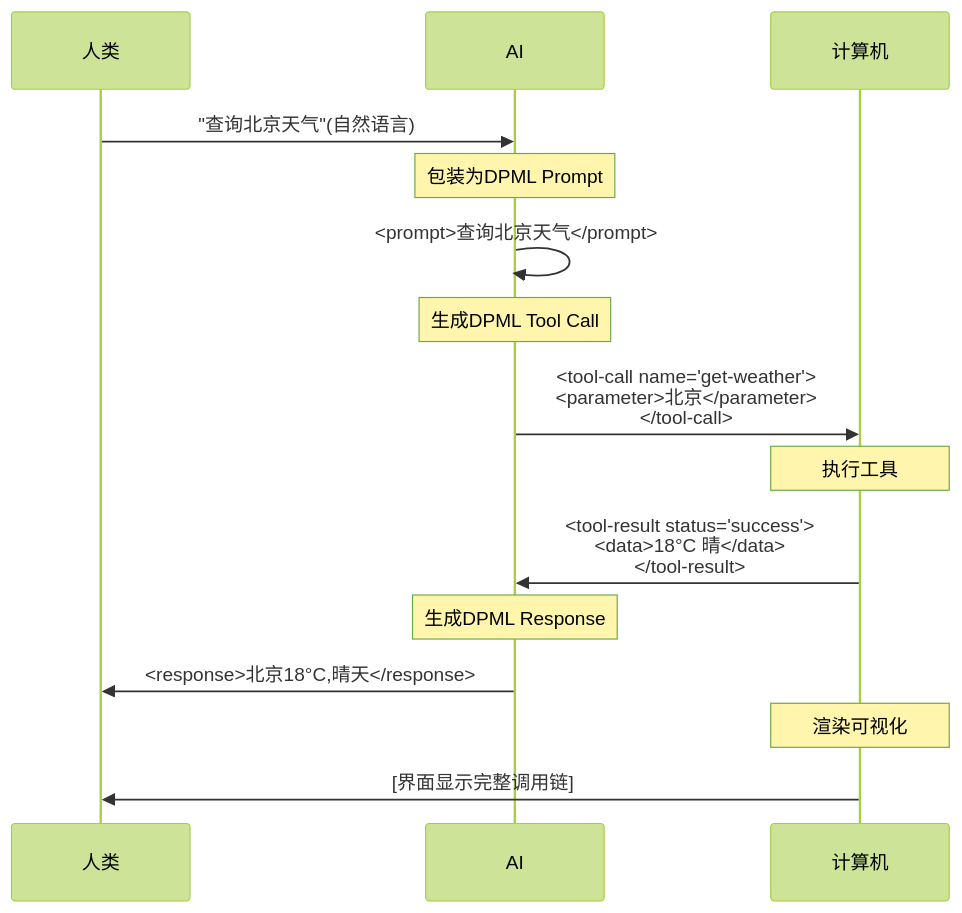
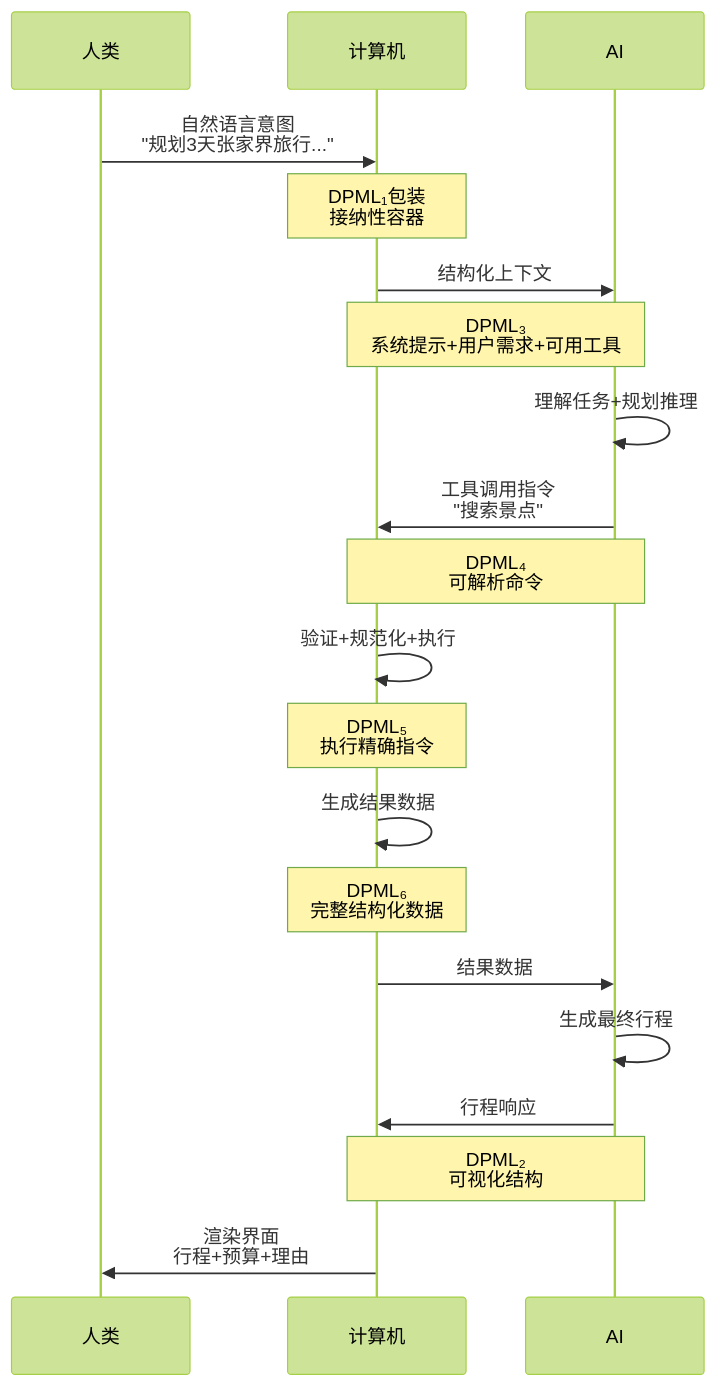
One commit to Deepractice/DPML changed the second of 2 diagrams in specs/v1.0/whitepaper/index.zh-CN.md. Above: the diagram before and after it, drawn with Mermaid (forest theme). The commit also changed other lines of this file and 6 other files, not shown here.

````diff
--- a/specs/v1.0/whitepaper/index.zh-CN.md
+++ b/specs/v1.0/whitepaper/index.zh-CN.md
@@ -638,22 +750,33 @@
 ```mermaid
 sequenceDiagram
-    participant H as 人类
-    participant A as AI
-    participant C as 计算机
+    participant 人类
+    participant 计算机
+    participant AI
 
-    H->>A: "查询北京天气"(自然语言)
-    Note over A: 包装为DPML Prompt
-    A->>A: <prompt>查询北京天气</prompt>
+    人类->>计算机: 自然语言意图<br/>"规划3天张家界旅行..."
+    Note over 计算机: DPML₁包装<br/>接纳性容器
 
-    Note over A: 生成DPML Tool Call
-    A->>C: <tool-call name="get-weather"><br/><parameter>北京</parameter><br/></tool-call>
+    计算机->>AI: 结构化上下文
+    Note over 计算机,AI: DPML₃<br/>系统提示+用户需求+可用工具
 
-    Note over C: 执行工具
-    C->>A: <tool-result status="success"><br/><data>18°C 晴</data><br/></tool-result>
+    AI->>AI: 理解任务+规划推理
 
-    Note over A: 生成DPML Response
-    A->>H: <response>北京18°C,晴天</response>
+    AI->>计算机: 工具调用指令<br/>"搜索景点"
+    Note over AI,计算机: DPML₄<br/>可解析命令
 
-    Note over C: 渲染可视化
-    C->>H: [界面显示完整调用链]
+    计算机->>计算机: 验证+规范化+执行
+
+    Note over 计算机: DPML₅<br/>执行精确指令
+
+    计算机->>计算机: 生成结果数据
+
+    Note over 计算机: DPML₆<br/>完整结构化数据
+
+    计算机->>AI: 结果数据
+    AI->>AI: 生成最终行程
+
+    AI->>计算机: 行程响应
+    Note over AI,计算机: DPML₂<br/>可视化结构
+
+    计算机->>人类: 渲染界面<br/>行程+预算+理由
 ```
````
